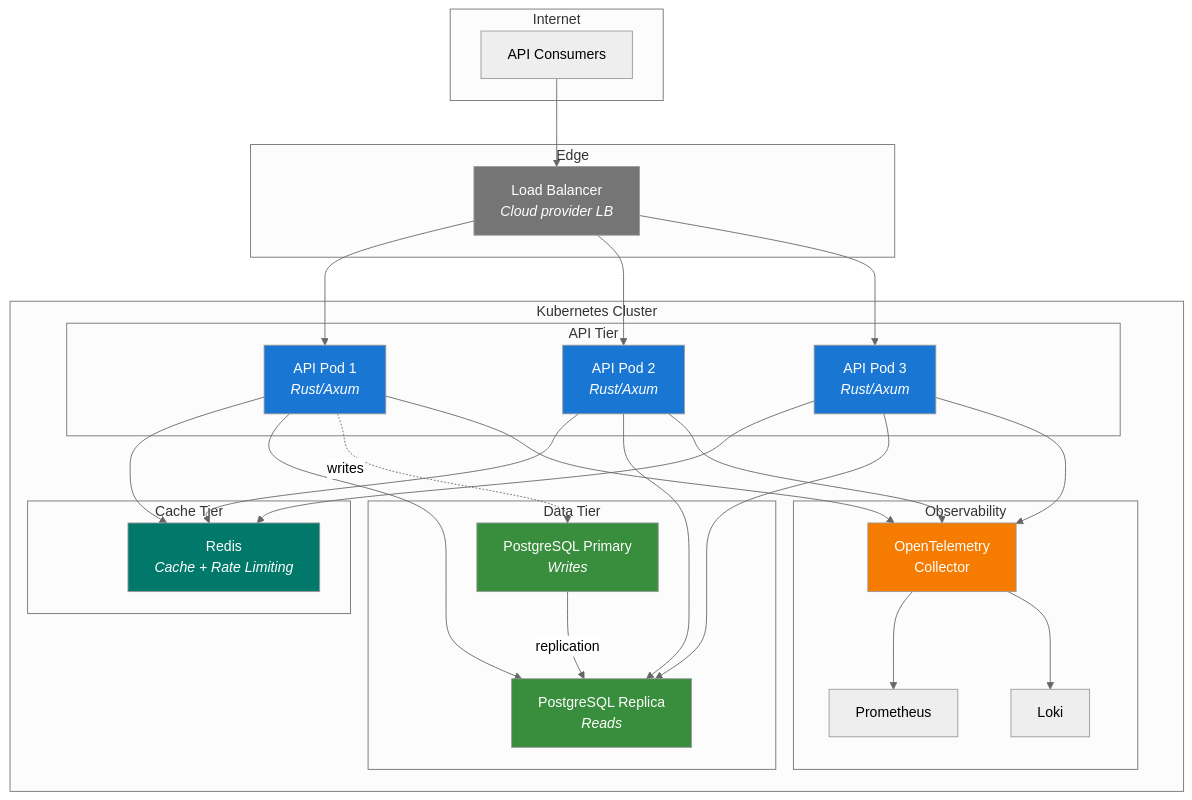
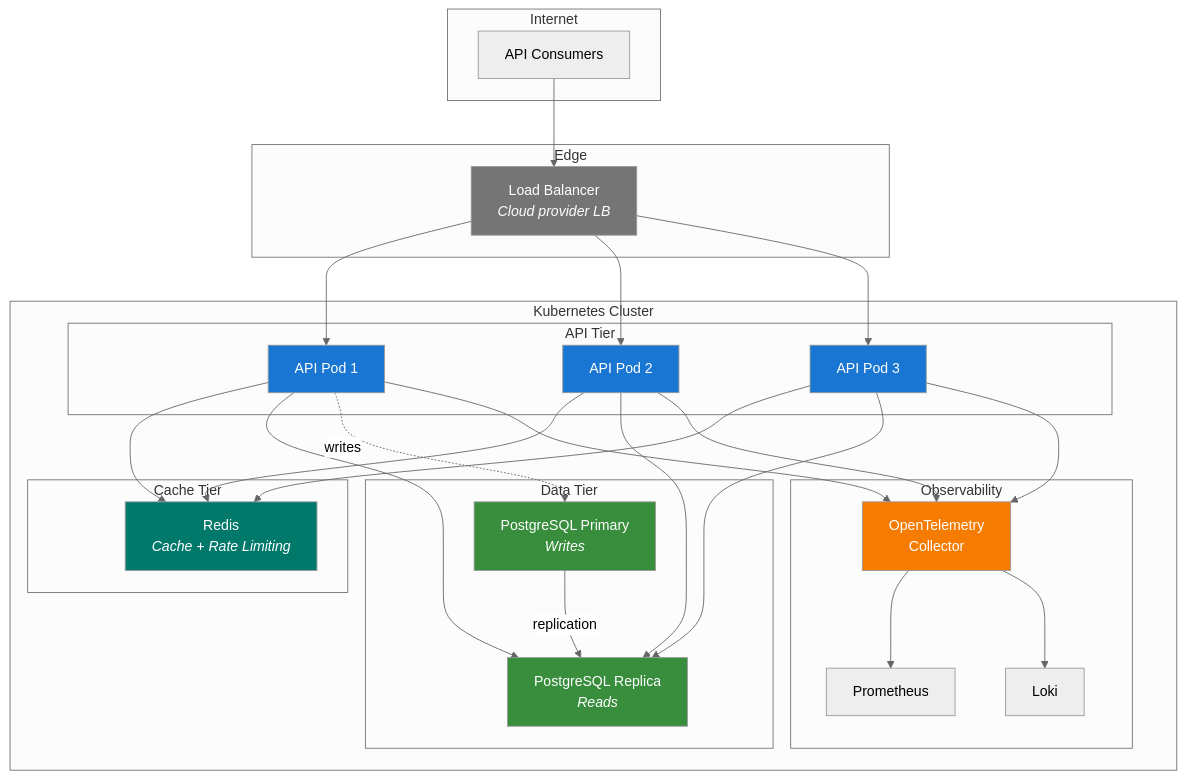
Before and after one commit to tabletop-commons/OpenTabletop: the diagram in docs/src/architecture/cloud-native.md, drawn with Mermaid (neutral theme). The commit also changed other lines of this file and 15 other files, not shown here.

````diff
--- a/docs/src/architecture/cloud-native.md
+++ b/docs/src/architecture/cloud-native.md
@@ -7,63 +9,63 @@
 ```mermaid
 flowchart TD
     subgraph "Internet"
         CLIENT["API Consumers"]
     end
 
     subgraph "Edge"
         LB["Load Balancer<br/><i>Cloud provider LB</i>"]
     end
 
     subgraph "Kubernetes Cluster"
         subgraph "API Tier"
-            API1["API Pod 1<br/><i>Rust/Axum</i>"]
-            API2["API Pod 2<br/><i>Rust/Axum</i>"]
-            API3["API Pod 3<br/><i>Rust/Axum</i>"]
+            API1["API Pod 1"]
+            API2["API Pod 2"]
+            API3["API Pod 3"]
         end
 
         subgraph "Cache Tier"
             REDIS["Redis<br/><i>Cache + Rate Limiting</i>"]
         end
 
         subgraph "Data Tier"
             PG_PRIMARY["PostgreSQL Primary<br/><i>Writes</i>"]
             PG_REPLICA["PostgreSQL Replica<br/><i>Reads</i>"]
         end
 
         subgraph "Observability"
             OTEL["OpenTelemetry<br/>Collector"]
             PROM["Prometheus"]
             LOKI["Loki"]
         end
     end
 
     CLIENT --> LB
     LB --> API1
     LB --> API2
     LB --> API3
 
     API1 --> REDIS
     API2 --> REDIS
     API3 --> REDIS
 
     API1 --> PG_REPLICA
     API2 --> PG_REPLICA
     API3 --> PG_REPLICA
     API1 -.->|writes| PG_PRIMARY
     PG_PRIMARY -->|replication| PG_REPLICA
 
     API1 --> OTEL
     API2 --> OTEL
     API3 --> OTEL
     OTEL --> PROM
     OTEL --> LOKI
 
     style LB fill:#757575,color:#fff
     style API1 fill:#1976d2,color:#fff
     style API2 fill:#1976d2,color:#fff
     style API3 fill:#1976d2,color:#fff
     style REDIS fill:#00796b,color:#fff
     style PG_PRIMARY fill:#388e3c,color:#fff
     style PG_REPLICA fill:#388e3c,color:#fff
     style OTEL fill:#f57c00,color:#fff
 ```
````
